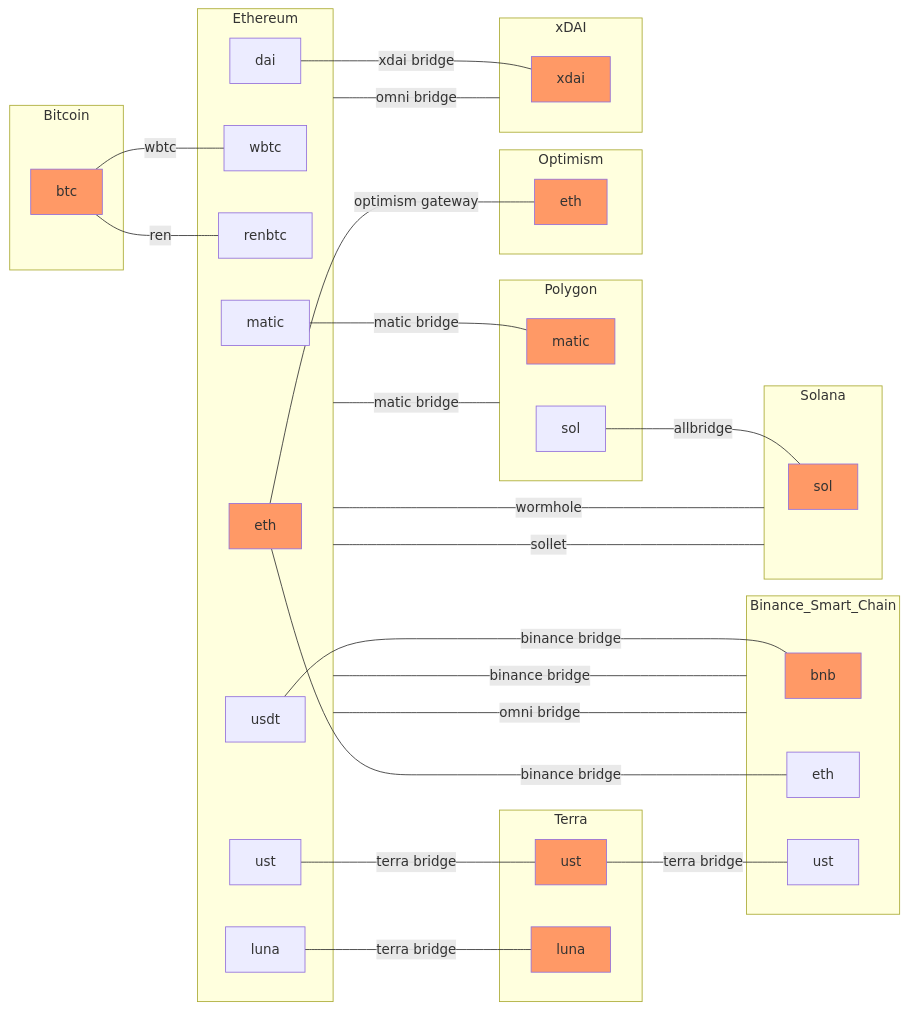
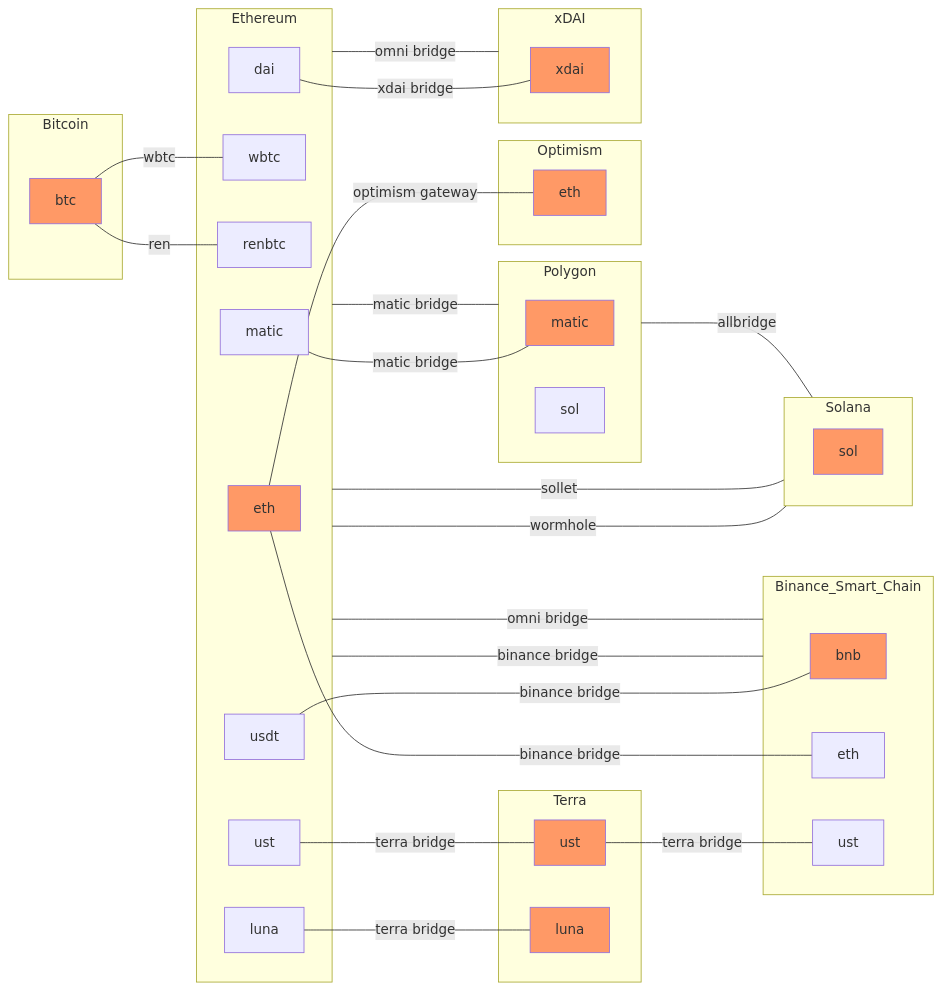
Before and after one commit to djma/cryptomaps: the diagram in traversing-chains/traversing-chains.mermaid, drawn with Mermaid. The commit also changed 1 other file, not shown here.

Commit message:
Allbridge does not allow bridging sol to empty wallet

```diff
--- a/traversing-chains/traversing-chains.mermaid
+++ b/traversing-chains/traversing-chains.mermaid
@@ -1,70 +1,69 @@
 flowchart LR
     classDef native fill:#f96;
 
     subgraph "Ethereum"
     eth-eth[eth]:::native
     eth-wbtc[wbtc]
     eth-renbtc[renbtc]
     eth-dai[dai]
     eth-ust[ust]
     eth-luna[luna]
     eth-usdt[usdt]
     eth-matic[matic]
     end
 
     subgraph "Polygon"
     polygon-matic[matic]:::native
     polygon-sol[sol]
     end
 
     subgraph Binance_Smart_Chain
     bsc-bnb[bnb]:::native
     bsc-eth[eth]
     bsc-ust[ust]
     end
 
     subgraph "Terra"
     terra-ust[ust]:::native
     terra-luna[luna]:::native
     end
 
     subgraph "Solana"
     solana-sol[sol]:::native
     end
 
     subgraph "Bitcoin"
     bitcoin-btc[btc]:::native
     end
 
     subgraph "Optimism"
     optimism-eth[eth]:::native
     end
 
     subgraph "xDAI"
     xdai-xdai[xdai]:::native
     end
 
     eth-ust ---|"terra bridge"| terra-ust
     eth-luna ---|"terra bridge"| terra-luna
     terra-ust ---|"terra bridge"| bsc-ust
 
     eth-eth ---|"optimism gateway"| optimism-eth
     
     eth-dai ---|"xdai bridge"| xdai-xdai
 
     eth-usdt ---|"binance bridge"| bsc-bnb
     eth-eth ---|"binance bridge"| bsc-eth
 
     eth-matic ---|"matic bridge"| polygon-matic
     
-    polygon-sol ---|"allbridge"| solana-sol
-
     bitcoin-btc ---|"ren"| eth-renbtc
     bitcoin-btc ---|"wbtc"| eth-wbtc
 
     Ethereum ---|"omni bridge"| xDAI
     Ethereum ---|"binance bridge"| Binance_Smart_Chain
     Ethereum ---|"omni bridge"| Binance_Smart_Chain
     Ethereum ---|"wormhole"| Solana
     Ethereum ---|"sollet"| Solana
     Ethereum ---|"matic bridge"| Polygon
+    Polygon ---|"allbridge"| Solana
```
